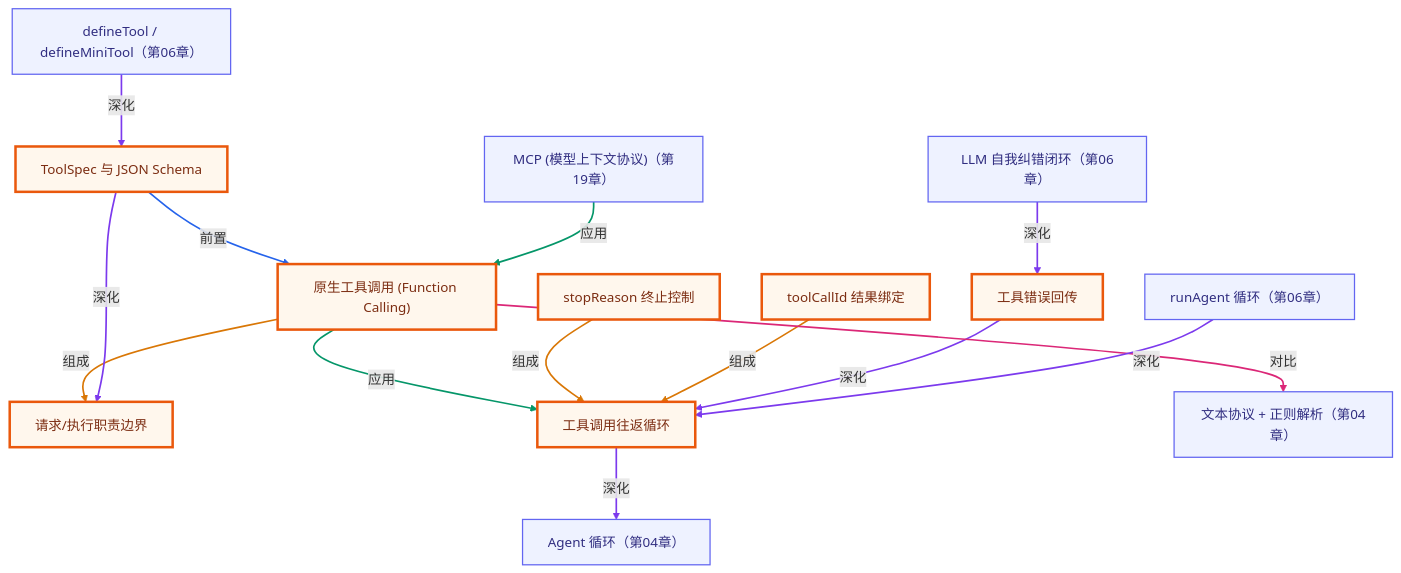
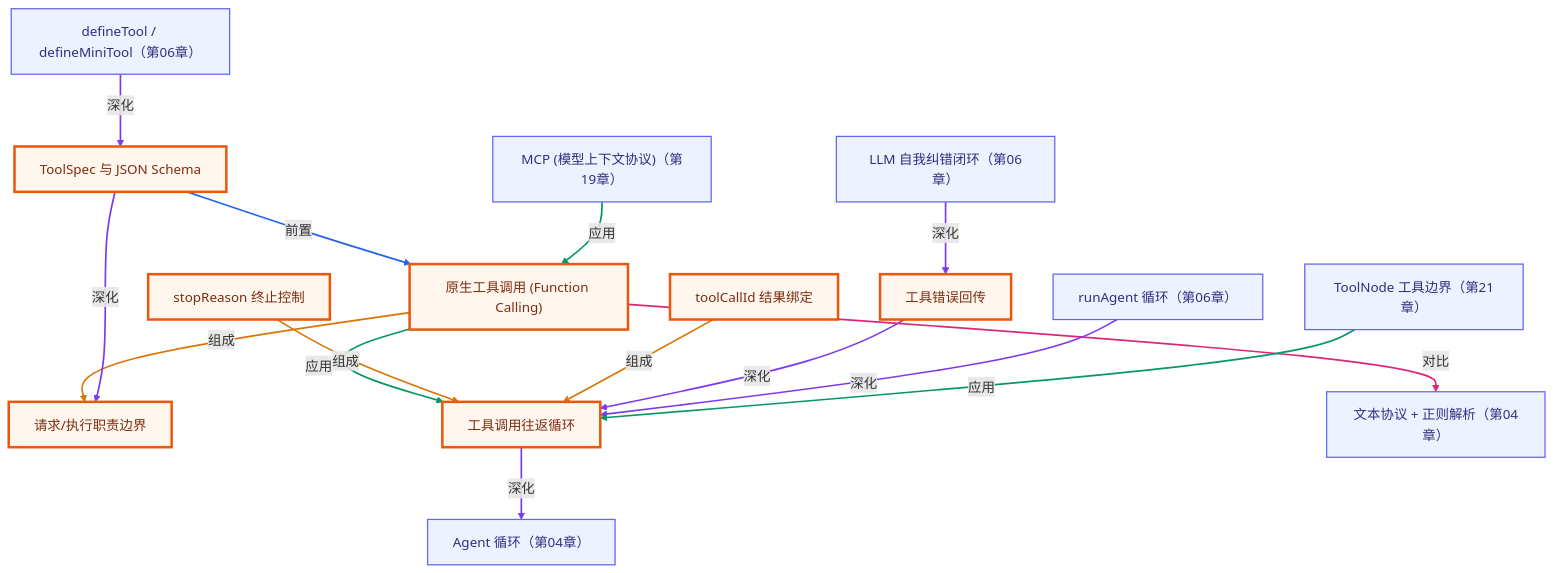
One commit to songuu/agent changed the second of 2 diagrams in lessons/05-tool-use-basics/README.md. Above: the diagram before and after it, drawn with Mermaid. The commit also changed other lines of this file and 20 other files, not shown here.

````diff
--- a/lessons/05-tool-use-basics/README.md
+++ b/lessons/05-tool-use-basics/README.md
@@ -224,46 +224,49 @@
 ```mermaid
 graph TB
   classDef own fill:#fff7ed,stroke:#ea580c,stroke-width:3px,color:#7c2d12;
   classDef cross fill:#eef2ff,stroke:#6366f1,stroke-width:1.5px,color:#312e81;
   n_c05_native_tool_use["原生工具调用 (Function Calling)"]
   n_c05_request_execute_boundary["请求/执行职责边界"]
   n_c05_toolspec_schema["ToolSpec 与 JSON Schema"]
   n_c05_roundtrip_loop["工具调用往返循环"]
   n_c05_stop_reason["stopReason 终止控制"]
   n_c05_tool_call_id["toolCallId 结果绑定"]
   n_c05_error_feedback["工具错误回传"]
   n_c04_text_protocol["文本协议 + 正则解析（第04章）"]
   n_c04_agent_loop["Agent 循环（第04章）"]
   n_c06_define_tool["defineTool / defineMiniTool（第06章）"]
   n_c06_run_agent_loop["runAgent 循环（第06章）"]
   n_c06_self_correction_loop["LLM 自我纠错闭环（第06章）"]
   n_c19_mcp["MCP (模型上下文协议)（第19章）"]
+  n_srca_langgraph_tool_node["ToolNode 工具边界（第21章）"]
   n_c05_native_tool_use -->|组成| n_c05_request_execute_boundary
   n_c05_toolspec_schema -->|前置| n_c05_native_tool_use
   n_c05_native_tool_use -->|应用| n_c05_roundtrip_loop
   n_c05_stop_reason -->|组成| n_c05_roundtrip_loop
   n_c05_tool_call_id -->|组成| n_c05_roundtrip_loop
   n_c05_error_feedback -->|深化| n_c05_roundtrip_loop
   n_c05_toolspec_schema -->|深化| n_c05_request_execute_boundary
   n_c05_native_tool_use -->|对比| n_c04_text_protocol
   n_c05_roundtrip_loop -->|深化| n_c04_agent_loop
   n_c06_define_tool -->|深化| n_c05_toolspec_schema
   n_c06_run_agent_loop -->|深化| n_c05_roundtrip_loop
   n_c06_self_correction_loop -->|深化| n_c05_error_feedback
   n_c19_mcp -->|应用| n_c05_native_tool_use
+  n_srca_langgraph_tool_node -->|应用| n_c05_roundtrip_loop
   class n_c05_native_tool_use,n_c05_request_execute_boundary,n_c05_toolspec_schema,n_c05_roundtrip_loop,n_c05_stop_reason,n_c05_tool_call_id,n_c05_error_feedback own;
-  class n_c04_text_protocol,n_c04_agent_loop,n_c06_define_tool,n_c06_run_agent_loop,n_c06_self_correction_loop,n_c19_mcp cross;
+  class n_c04_text_protocol,n_c04_agent_loop,n_c06_define_tool,n_c06_run_agent_loop,n_c06_self_correction_loop,n_c19_mcp,n_srca_langgraph_tool_node cross;
   linkStyle 0 stroke:#d97706,stroke-width:2px;
   linkStyle 1 stroke:#2563eb,stroke-width:2px;
   linkStyle 2 stroke:#059669,stroke-width:2px;
   linkStyle 3 stroke:#d97706,stroke-width:2px;
   linkStyle 4 stroke:#d97706,stroke-width:2px;
   linkStyle 5 stroke:#7c3aed,stroke-width:2px;
   linkStyle 6 stroke:#7c3aed,stroke-width:2px;
   linkStyle 7 stroke:#db2777,stroke-width:2px;
   linkStyle 8 stroke:#7c3aed,stroke-width:2px;
   linkStyle 9 stroke:#7c3aed,stroke-width:2px;
   linkStyle 10 stroke:#7c3aed,stroke-width:2px;
   linkStyle 11 stroke:#7c3aed,stroke-width:2px;
   linkStyle 12 stroke:#059669,stroke-width:2px;
+  linkStyle 13 stroke:#059669,stroke-width:2px;
 ```
````
